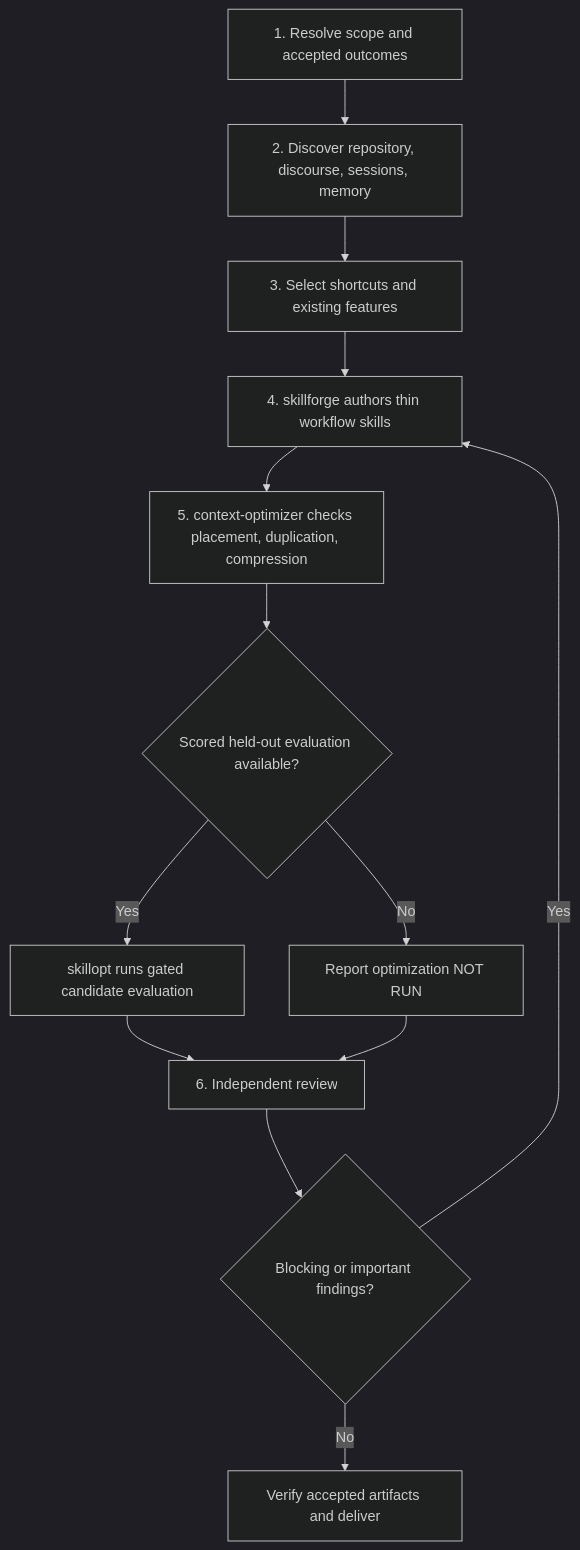
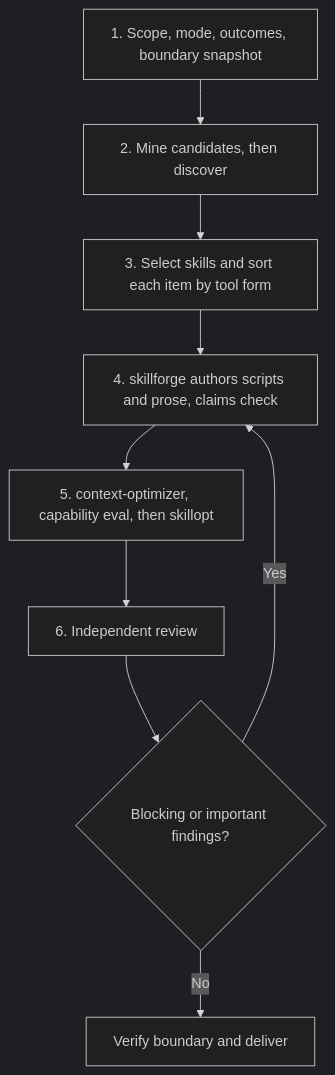
One commit to rjmurillo/ai-agents changed the diagram in src/claude/skills/skill-bootstrap/SKILL.md. Above: the diagram before and after it, drawn with Mermaid (dark theme). The commit also changed other lines of this file and 47 other files, not shown here.

First line of the commit message:
feat(skill-bootstrap): add candidate mining and claims check, render mirrors

````diff
--- a/src/claude/skills/skill-bootstrap/SKILL.md
+++ b/src/claude/skills/skill-bootstrap/SKILL.md
@@ -62,15 +75,11 @@
 ```mermaid
 flowchart TD
-    A[1. Resolve scope and accepted outcomes] --> B[2. Discover repository, discourse, sessions, memory]
-    B --> C[3. Select shortcuts and existing features]
-    C --> D[4. skillforge authors thin workflow skills]
-    D --> E[5. context-optimizer checks placement, duplication, compression]
-    E --> F{Scored held-out evaluation available?}
-    F -->|Yes| G[skillopt runs gated candidate evaluation]
-    F -->|No| H[Report optimization NOT RUN]
-    G --> I[6. Independent review]
-    H --> I
+    A[1. Scope, mode, outcomes, boundary snapshot] --> B[2. Mine candidates, then discover]
+    B --> C[3. Select skills and sort each item by tool form]
+    C --> D[4. skillforge authors scripts and prose, claims check]
+    D --> E[5. context-optimizer, capability eval, then skillopt]
+    E --> I[6. Independent review]
     I --> K{Blocking or important findings?}
     K -->|Yes| D
-    K -->|No| J[Verify accepted artifacts and deliver]
+    K -->|No| J[Verify boundary and deliver]
 ```
````
